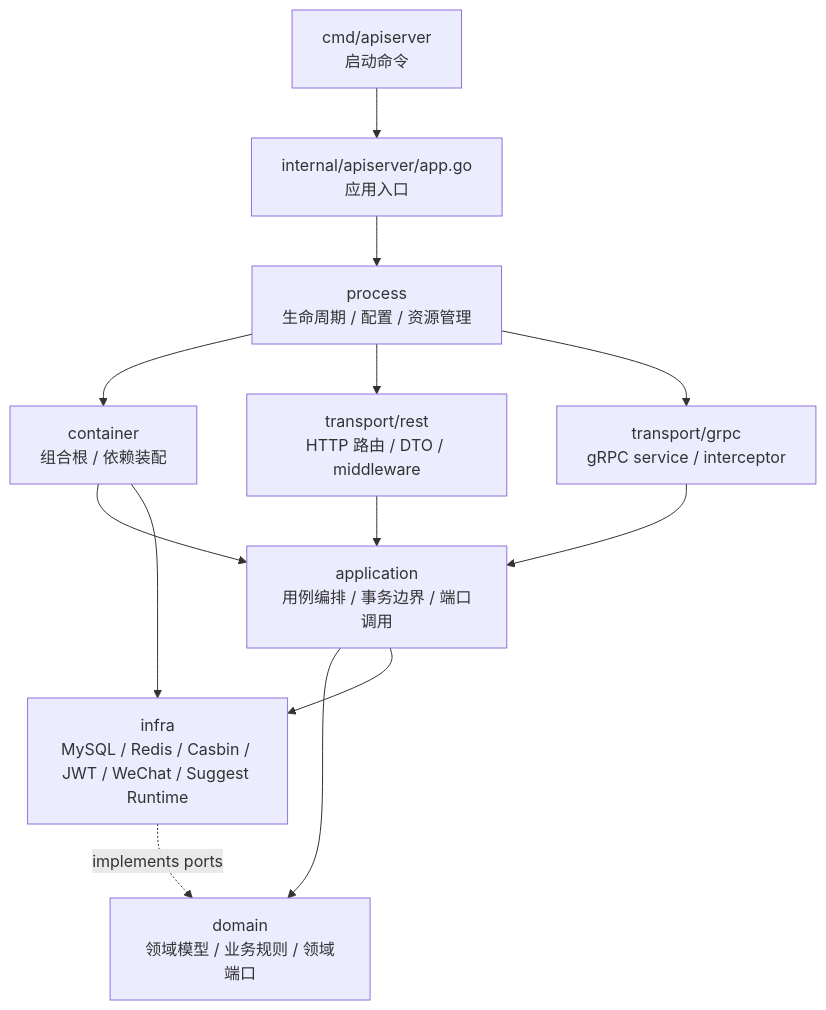
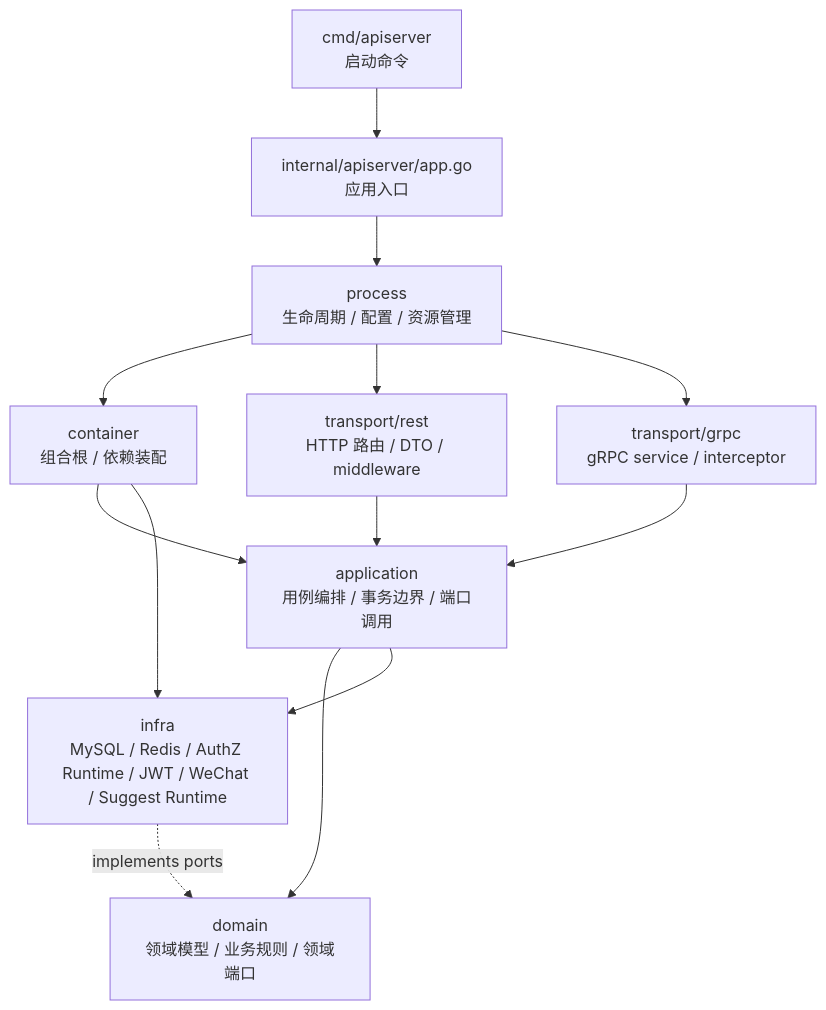
The first of 2 diagrams in docs/00-概览/05-架构风格与设计原则.md (FangcunMount/iam), drawn with Mermaid before and after one commit. The commit also changed other lines of this file and 17 other files, not shown here.

````diff
--- a/docs/00-概览/05-架构风格与设计原则.md
+++ b/docs/00-概览/05-架构风格与设计原则.md
@@ -57,27 +57,27 @@
 ```mermaid
 flowchart TD
     Cmd["cmd/apiserver\n启动命令"]
     App["internal/apiserver/app.go\n应用入口"]
     Process["process\n生命周期 / 配置 / 资源管理"]
     Container["container\n组合根 / 依赖装配"]
 
     Rest["transport/rest\nHTTP 路由 / DTO / middleware"]
     Grpc["transport/grpc\ngRPC service / interceptor"]
 
     Application["application\n用例编排 / 事务边界 / 端口调用"]
     Domain["domain\n领域模型 / 业务规则 / 领域端口"]
-    Infra["infra\nMySQL / Redis / Casbin / JWT / WeChat / Suggest Runtime"]
+    Infra["infra\nMySQL / Redis / AuthZ Runtime / JWT / WeChat / Suggest Runtime"]
 
     Cmd --> App
     App --> Process
     Process --> Container
     Process --> Rest
     Process --> Grpc
     Container --> Application
     Container --> Infra
     Rest --> Application
     Grpc --> Application
     Application --> Domain
     Application --> Infra
     Infra -.implements ports.-> Domain
 ```
````
